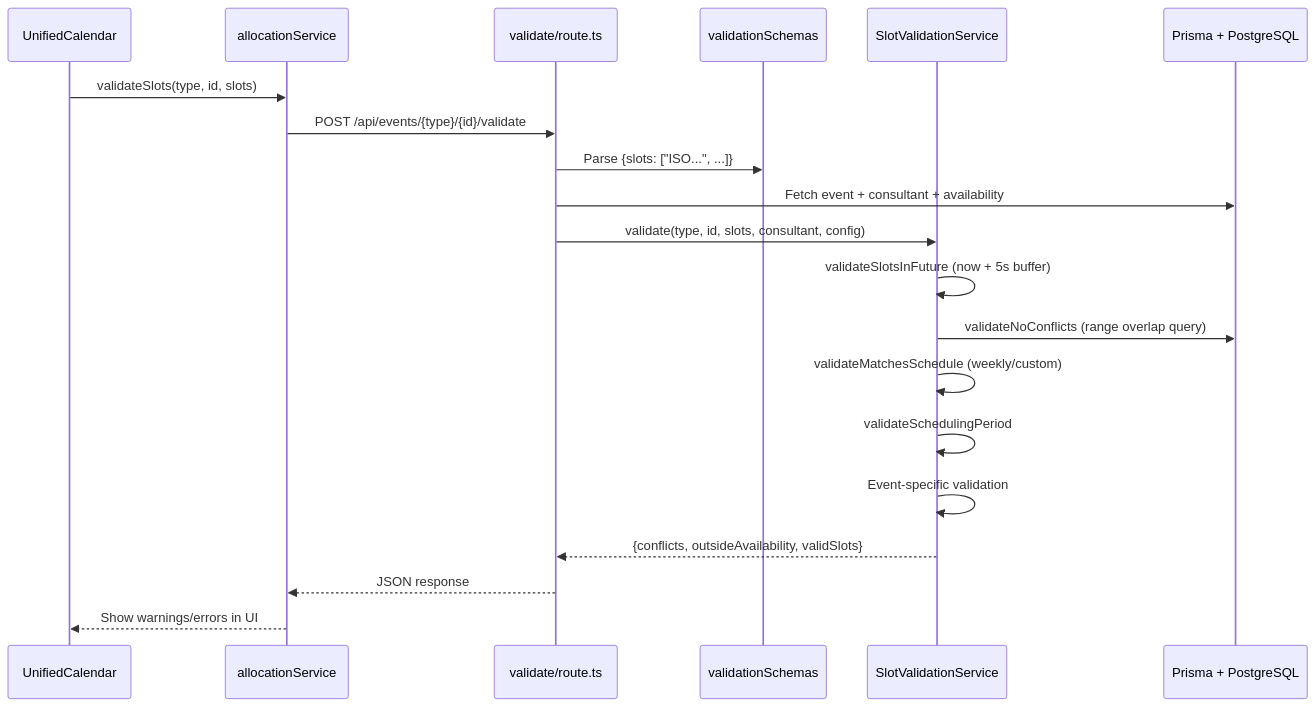
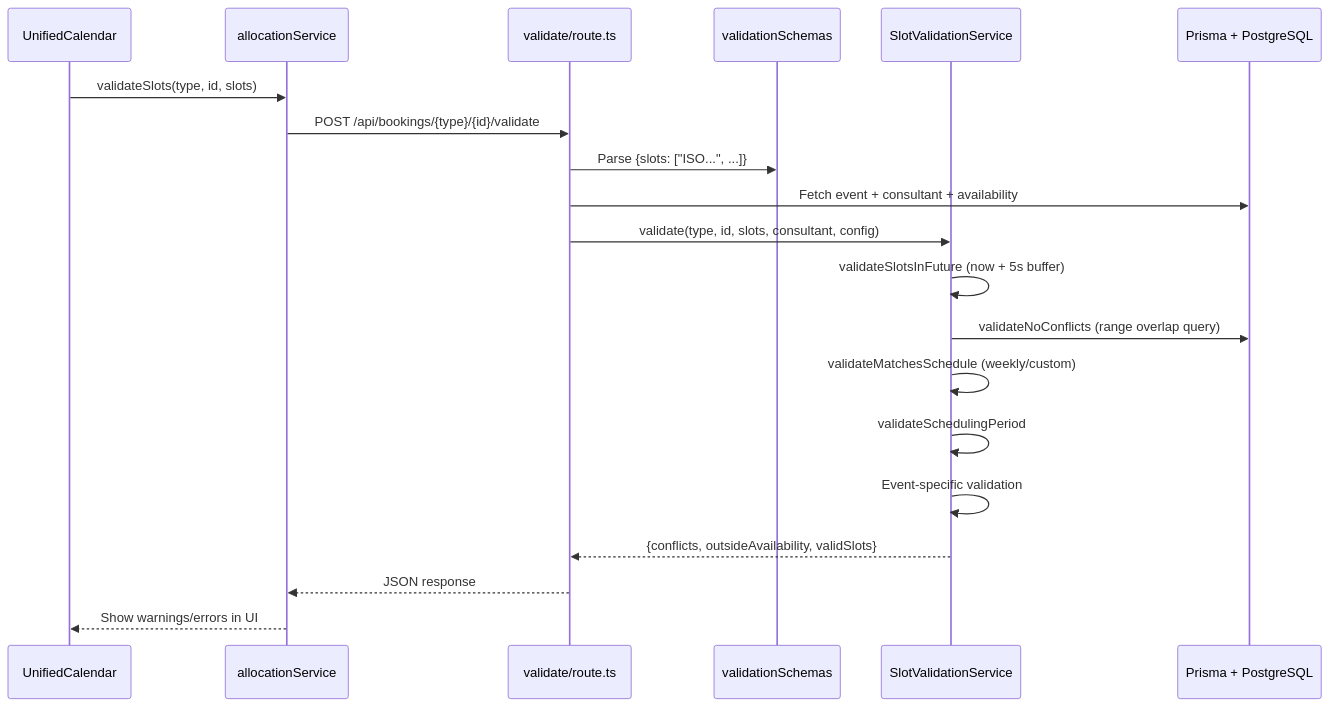
The sixth of 8 diagrams in docs/booking/06-dependency-graphs.md (Practitionist/familiarise_web), drawn with Mermaid before and after one commit. The commit also changed other lines of this file and 56 other files, not shown here.

````diff
--- a/docs/booking/06-dependency-graphs.md
+++ b/docs/booking/06-dependency-graphs.md
@@ -249,26 +249,26 @@
 ```mermaid
 sequenceDiagram
   participant UC as UnifiedCalendar
   participant AS as allocationService
   participant API as validate/route.ts
   participant ZOD as validationSchemas
   participant SVS as SlotValidationService
   participant DB as Prisma + PostgreSQL
 
   UC->>AS: validateSlots(type, id, slots)
-  AS->>API: POST /api/events/{type}/{id}/validate
+  AS->>API: POST /api/bookings/{type}/{id}/validate
 
   API->>ZOD: Parse {slots: ["ISO...", ...]}
   API->>DB: Fetch event + consultant + availability
 
   API->>SVS: validate(type, id, slots, consultant, config)
   SVS->>SVS: validateSlotsInFuture (now + 5s buffer)
   SVS->>DB: validateNoConflicts (range overlap query)
   SVS->>SVS: validateMatchesSchedule (weekly/custom)
   SVS->>SVS: validateSchedulingPeriod
   SVS->>SVS: Event-specific validation
 
   SVS-->>API: {conflicts, outsideAvailability, validSlots}
   API-->>AS: JSON response
   AS-->>UC: Show warnings/errors in UI
 ```
````
